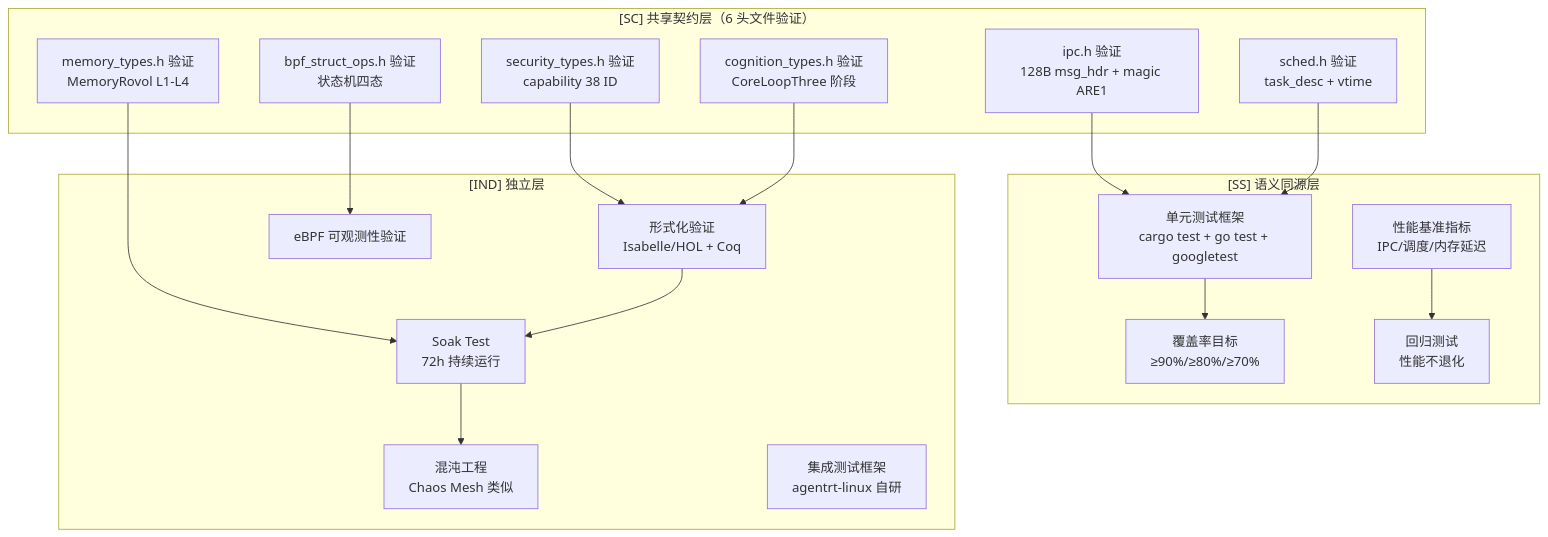
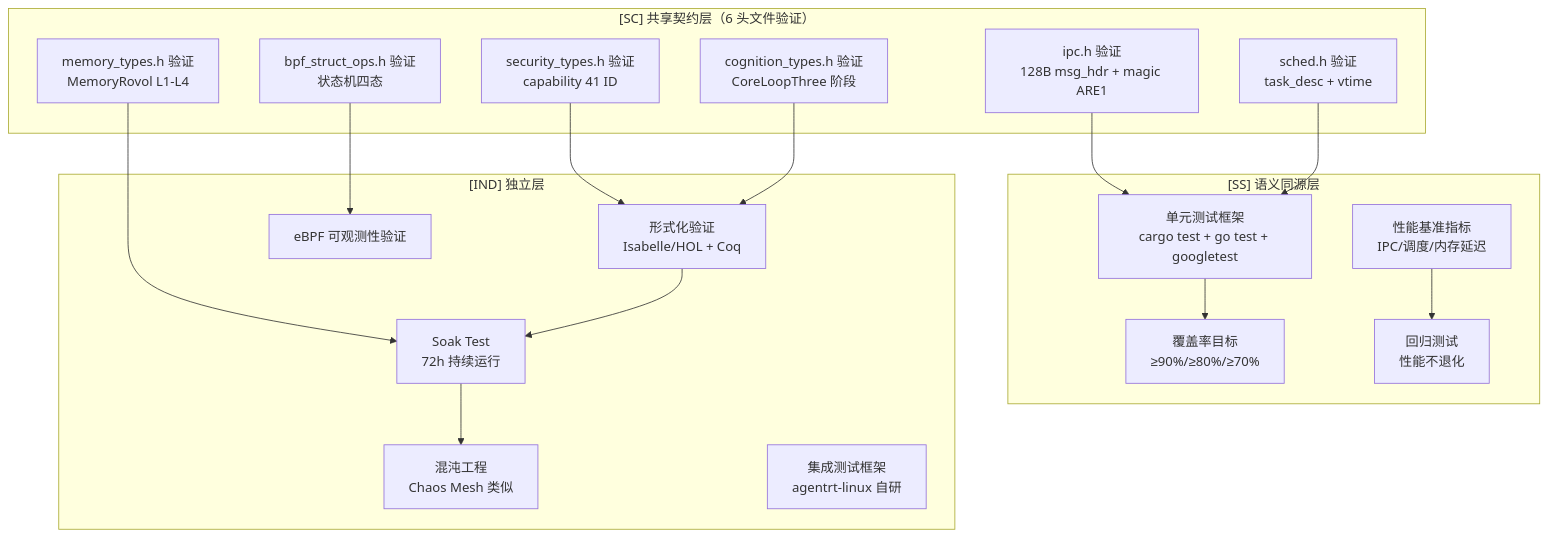
Before and after one commit to openairymax/docs-linux: the second of 2 diagrams in 20-modules/08-tests.md, drawn with Mermaid. The commit also changed other lines of this file and 132 other files, not shown here.

````diff
--- a/20-modules/08-tests.md
+++ b/20-modules/08-tests.md
@@ -454,34 +454,34 @@
 ```mermaid
 graph TD
     subgraph SC["[SC] 共享契约层（6 头文件验证）"]
         IPC_TEST[ipc.h 验证<br/>128B msg_hdr + magic ARE1]
         SCHED_TEST[sched.h 验证<br/>task_desc + vtime]
         BPF_TEST[bpf_struct_ops.h 验证<br/>状态机四态]
         MEM_TEST[memory_types.h 验证<br/>MemoryRovol L1-L4]
-        SEC_TEST[security_types.h 验证<br/>capability 38 ID]
+        SEC_TEST[security_types.h 验证<br/>capability 41 ID]
         COG_TEST[cognition_types.h 验证<br/>CoreLoopThree 阶段]
     end
     subgraph SS["[SS] 语义同源层"]
         UNIT_FW[单元测试框架<br/>cargo test + go test + googletest]
         BENCH_METRICS[性能基准指标<br/>IPC/调度/内存延迟]
         COVERAGE[覆盖率目标<br/>≥90%/≥80%/≥70%]
         REGRESSION[回归测试<br/>性能不退化]
     end
     subgraph IND["[IND] 独立层"]
         FV[形式化验证<br/>Isabelle/HOL + Coq]
         SOAK[Soak Test<br/>72h 持续运行]
         CHAOS[混沌工程<br/>Chaos Mesh 类似]
         EBPF_VER[eBPF 可观测性验证]
         ITF[集成测试框架<br/>agentrt-linux 自研]
     end
     IPC_TEST --> UNIT_FW
     SCHED_TEST --> UNIT_FW
     BPF_TEST --> EBPF_VER
     MEM_TEST --> SOAK
     SEC_TEST --> FV
     COG_TEST --> FV
     UNIT_FW --> COVERAGE
     BENCH_METRICS --> REGRESSION
     FV --> SOAK
     SOAK --> CHAOS
 ```
````
